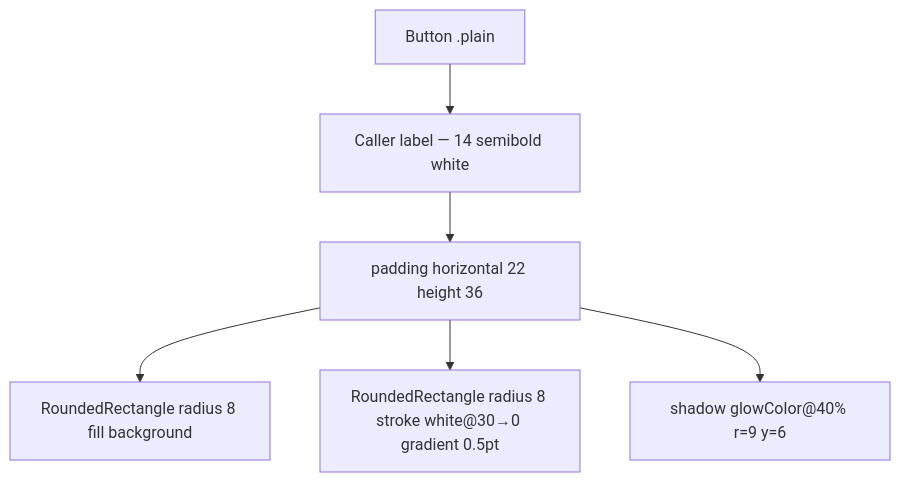
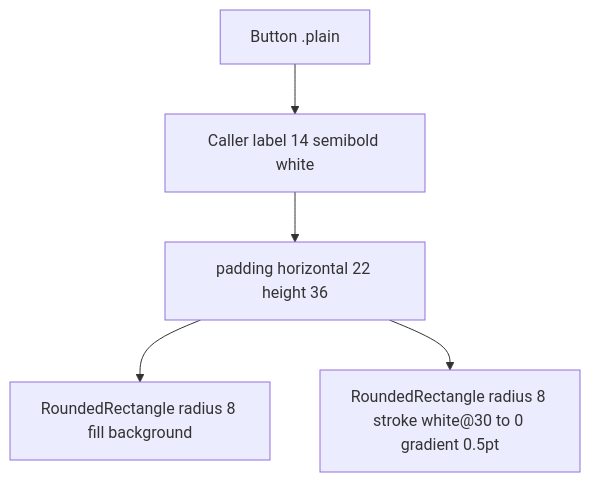
One commit to MrDemonWolf/WolfWave changed the diagram in design-system/components/pill-button.md. Above: the diagram before and after it, drawn with Mermaid. The commit also changed other lines of this file and 49 other files, not shown here.

````diff
--- a/design-system/components/pill-button.md
+++ b/design-system/components/pill-button.md
@@ -39,8 +36,7 @@
 ```mermaid
 graph TB
-  Btn[Button .plain] --> Label[Caller label — 14 semibold white]
+  Btn[Button .plain] --> Label[Caller label 14 semibold white]
   Label --> Pad[padding horizontal 22 height 36]
   Pad --> BG[RoundedRectangle radius 8 fill background]
-  Pad --> Stroke[RoundedRectangle radius 8 stroke white@30→0 gradient 0.5pt]
-  Pad --> Glow[shadow glowColor@40% r=9 y=6]
+  Pad --> Stroke[RoundedRectangle radius 8 stroke white@30 to 0 gradient 0.5pt]
 ```
````
